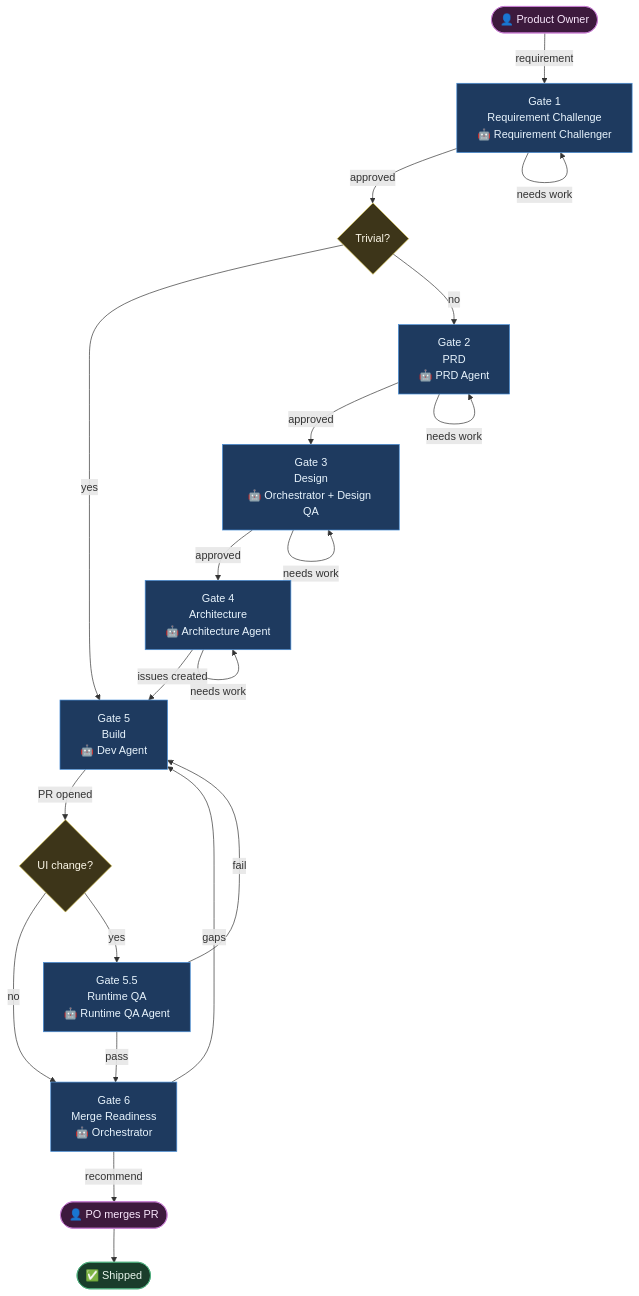
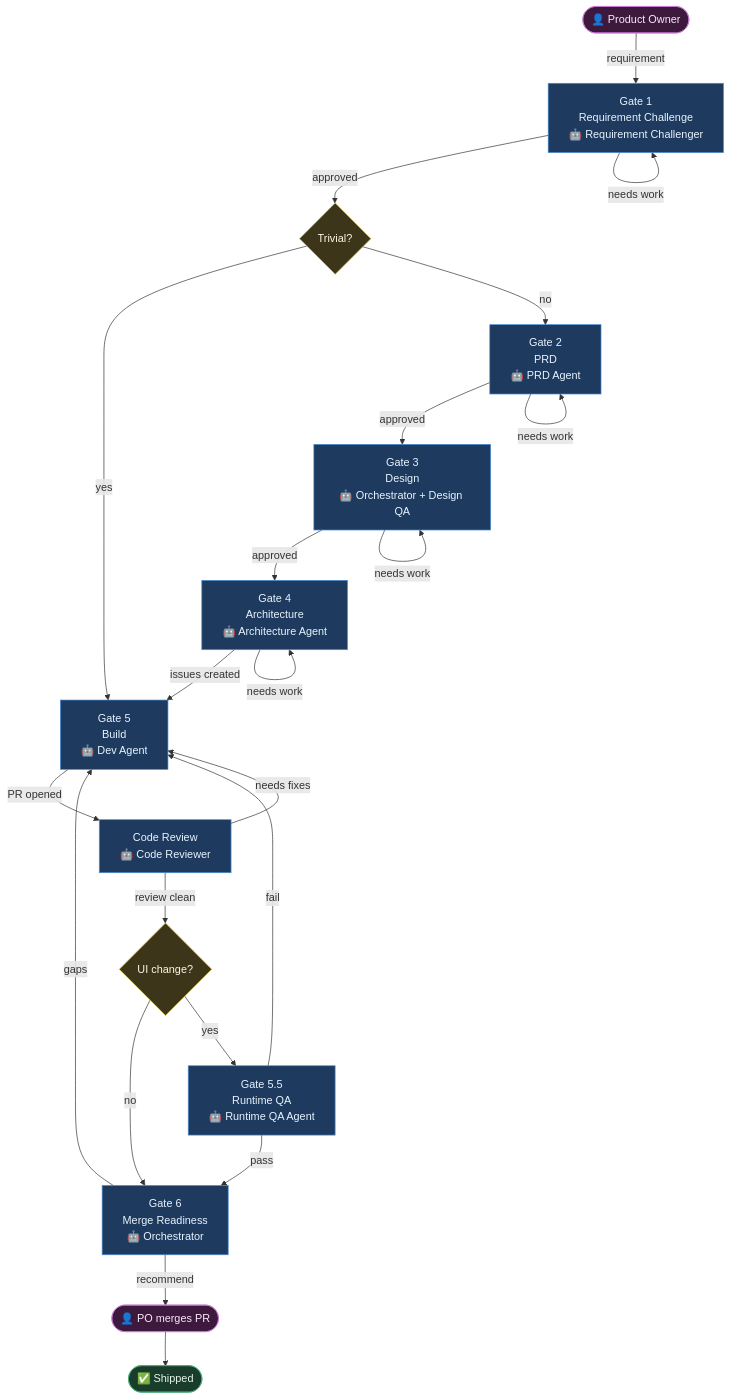
The diagram in docs/agentic-workflow.md (nishantnaagnihotri/tark-vitark), drawn with Mermaid before and after one commit. The commit also changed other lines of this file and 4 other files, not shown here.

````diff
--- a/docs/agentic-workflow.md
+++ b/docs/agentic-workflow.md
@@ -3,35 +3,37 @@
 ```mermaid
 flowchart TD
     PO(["👤 Product Owner"])
 
     PO -->|requirement| G1["Gate 1\nRequirement Challenge\n🤖 Requirement Challenger"]
     G1 -->|approved| D1{Trivial?}
     D1 -->|yes| G5
     D1 -->|no| G2["Gate 2\nPRD\n🤖 PRD Agent"]
     G2 -->|approved| G3["Gate 3\nDesign\n🤖 Orchestrator + Design QA"]
     G3 -->|approved| G4["Gate 4\nArchitecture\n🤖 Architecture Agent"]
     G4 -->|issues created| G5["Gate 5\nBuild\n🤖 Dev Agent"]
-    G5 -->|PR opened| D55{UI change?}
+    G5 -->|PR opened| CR["Code Review\n🤖 Code Reviewer"]
+    CR -->|review clean| D55{UI change?}
     D55 -->|no| G6
     D55 -->|yes| G55["Gate 5.5\nRuntime QA\n🤖 Runtime QA Agent"]
     G55 -->|pass| G6["Gate 6\nMerge Readiness\n🤖 Orchestrator"]
     G6 -->|recommend| MERGE(["👤 PO merges PR"])
     MERGE --> DONE(["✅ Shipped"])
 
     G1 -->|needs work| G1
     G2 -->|needs work| G2
     G3 -->|needs work| G3
     G4 -->|needs work| G4
+    CR -->|needs fixes| G5
     G55 -->|fail| G5
     G6 -->|gaps| G5
 
     classDef gate fill:#1e3a5f,stroke:#4a90d9,color:#e8f4fd
     classDef po fill:#3d1a3d,stroke:#c97dd4,color:#fae8fd
     classDef done fill:#1a3d2b,stroke:#4caf7d,color:#e8f5ec
     classDef decision fill:#3d3519,stroke:#d4c24e,color:#fdf8e8
 
-    class G1,G2,G3,G4,G5,G55,G6 gate
+    class G1,G2,G3,G4,G5,CR,G55,G6 gate
     class PO,MERGE po
     class DONE done
     class D1,D55 decision
 ```
````
